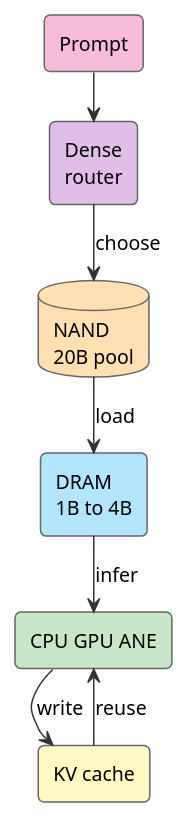
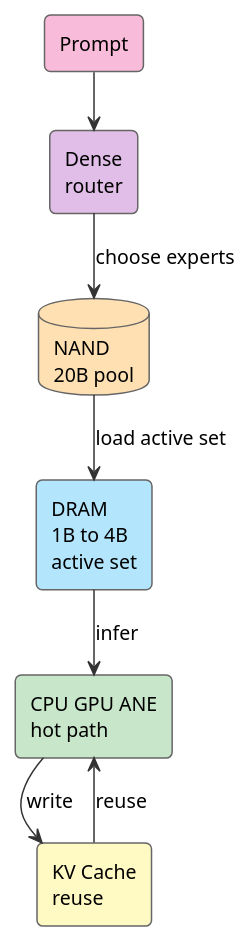
One commit to johnsonlee/blog changed the diagram in source/_posts/ai-pc-local-inference.en.md. Above: the diagram before and after it, drawn with PlantUML. The commit also changed other lines of this file and 1 other file, not shown here.

````diff
--- a/source/_posts/ai-pc-local-inference.en.md
+++ b/source/_posts/ai-pc-local-inference.en.md
@@ -117,34 +146,35 @@
 ```plantuml
 @startuml
 !theme plain
 top to bottom direction
 skinparam backgroundColor white
 skinparam defaultFontName Arial
 skinparam defaultFontSize 13
-skinparam nodesep 35
-skinparam ranksep 32
+skinparam nodesep 44
+skinparam ranksep 38
 skinparam ArrowColor #333333
 skinparam rectangle {
     RoundCorner 8
     BorderColor #666666
-    Padding 14
+    Padding 16
 }
 skinparam database {
     BorderColor #666666
+    Padding 16
 }
 
 rectangle "Prompt" as prompt #F8BBD9
 rectangle "Dense\nrouter" as router #E1BEE7
 database "NAND\n20B pool" as nand #FFE0B2
-rectangle "DRAM\n1B to 4B" as dram #B3E5FC
-rectangle "CPU GPU ANE" as compute #C8E6C9
-rectangle "KV cache" as kv #FFF9C4
+rectangle "DRAM\n1B to 4B\nactive set" as dram #B3E5FC
+rectangle "CPU GPU ANE\nhot path" as compute #C8E6C9
+rectangle "KV Cache\nreuse" as kv #FFF9C4
 
 prompt --> router
-router --> nand : choose
-nand --> dram : load
+router --> nand : choose experts
+nand --> dram : load active set
 dram --> compute : infer
 compute --> kv : write
 kv --> compute : reuse
 @enduml
 ```
````
